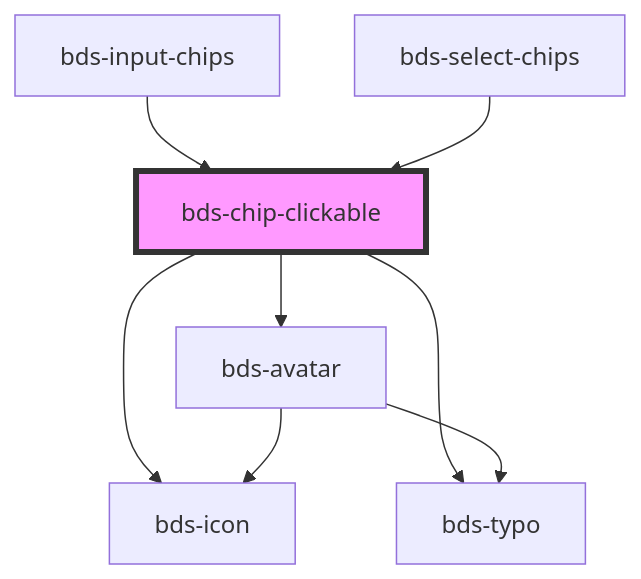
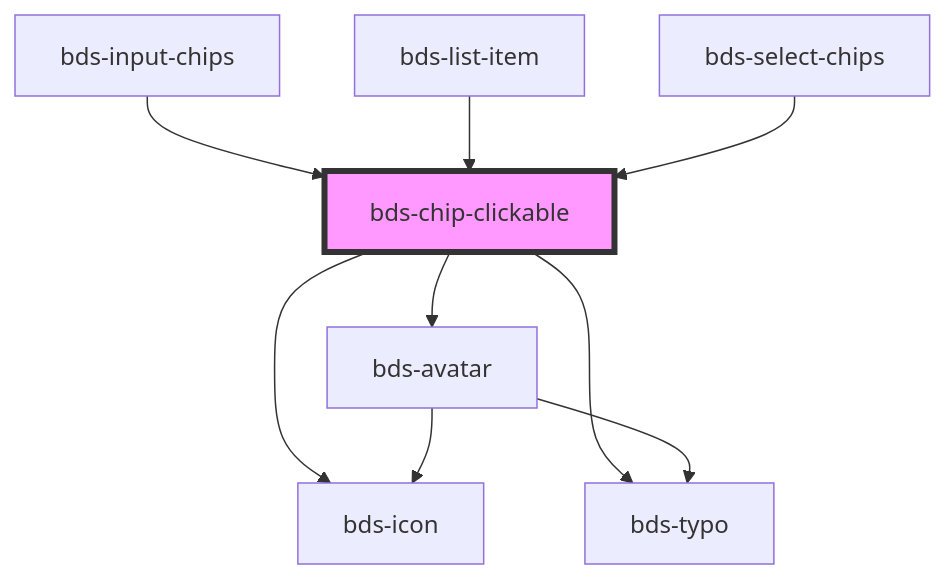
The diagram in src/components/chip-clickable/readme.md (takenet/blip-ds), drawn with Mermaid before and after one commit. The commit also changed other lines of this file and 10 other files, not shown here.

````diff
--- a/src/components/chip-clickable/readme.md
+++ b/src/components/chip-clickable/readme.md
@@ -44,11 +45,12 @@
 ```mermaid
 graph TD;
   bds-chip-clickable --> bds-icon
   bds-chip-clickable --> bds-avatar
   bds-chip-clickable --> bds-typo
   bds-avatar --> bds-typo
   bds-avatar --> bds-icon
   bds-input-chips --> bds-chip-clickable
+  bds-list-item --> bds-chip-clickable
   bds-select-chips --> bds-chip-clickable
   style bds-chip-clickable fill:#f9f,stroke:#333,stroke-width:4px
 ```
````
